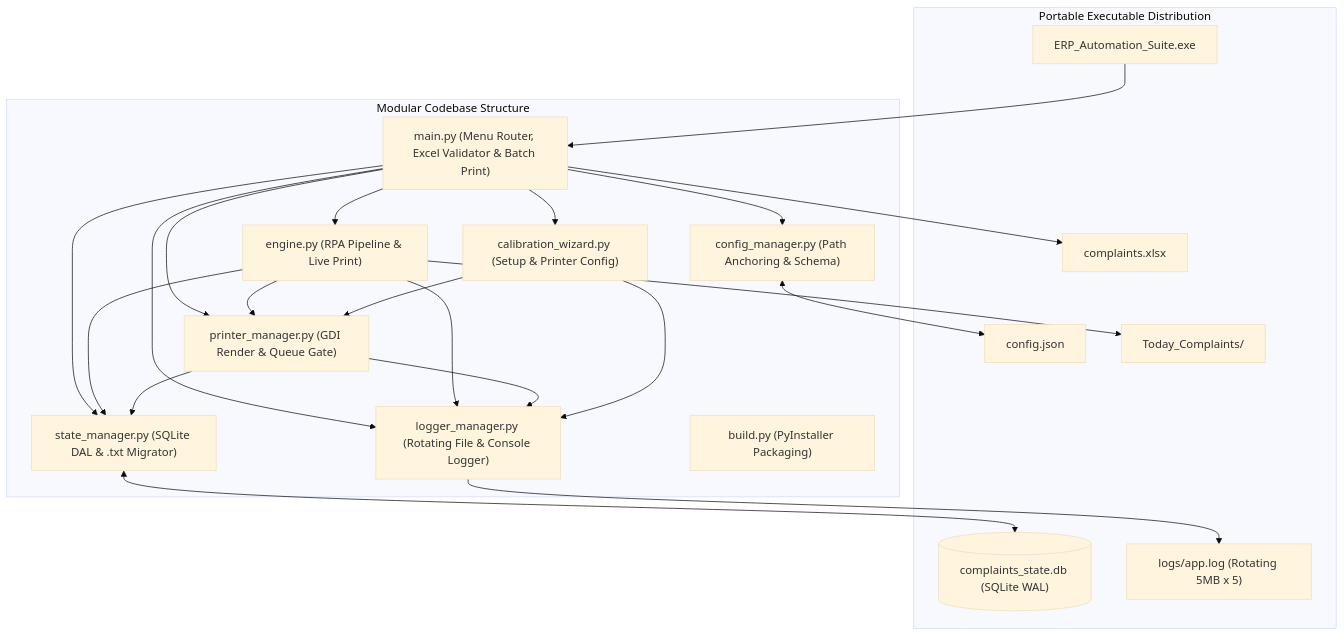
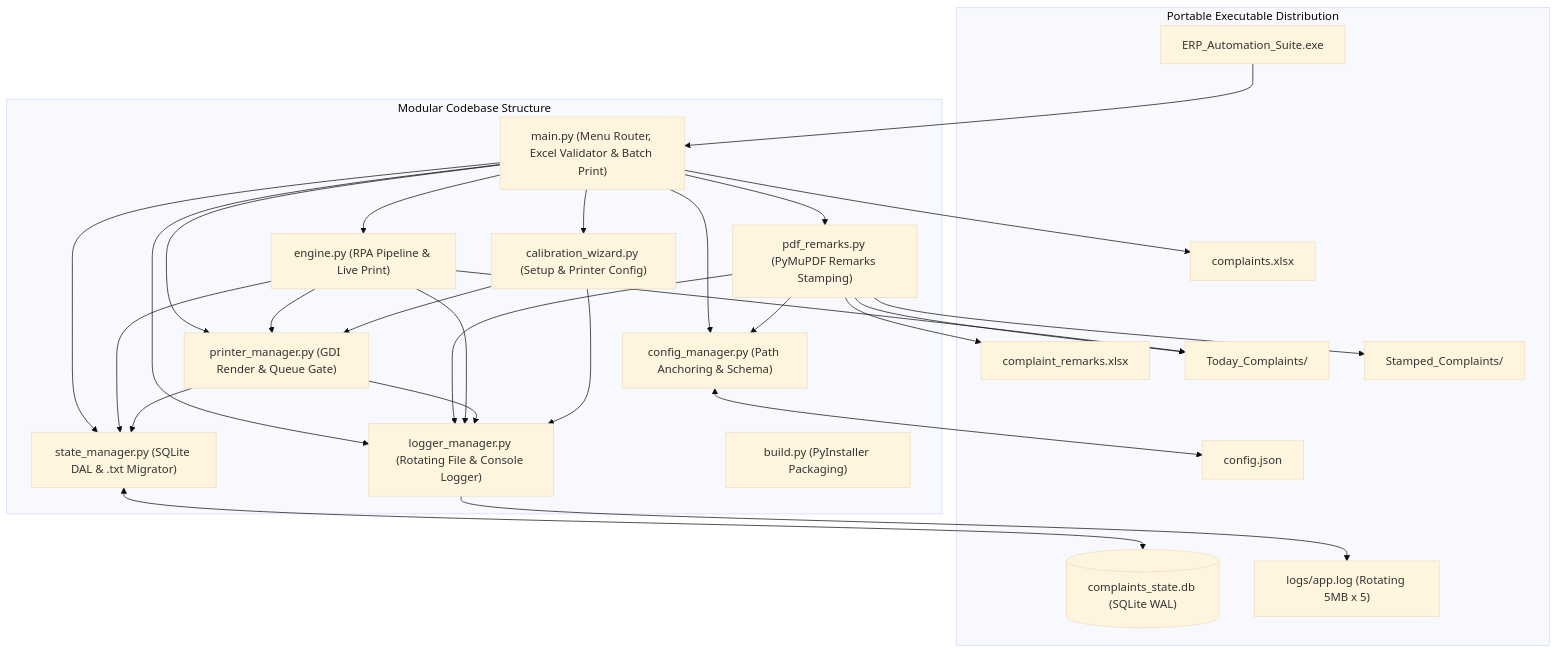
The diagram in PRD.md (theeabrarrr/bulk_printing), drawn with Mermaid (base theme) before and after one commit. The commit also changed other lines of this file and 1 other file, not shown here.

Commit message:
docs: document PDF remarks stamping feature, schema, and print workflow

````diff
--- a/PRD.md
+++ b/PRD.md
@@ -46,42 +46,51 @@
 ```mermaid
 flowchart TD
     subgraph Distribution ["Portable Executable Distribution"]
         EXE["ERP_Automation_Suite.exe"]
         CFG["config.json"]
         XLSX["complaints.xlsx"]
+        RXLSX["complaint_remarks.xlsx"]
         DB[("complaints_state.db (SQLite WAL)")]
         LOG["logs/app.log (Rotating 5MB x 5)"]
         OUT["Today_Complaints/"]
+        SOUT["Stamped_Complaints/"]
     end
 
     subgraph CoreEngine ["Modular Codebase Structure"]
         MAIN["main.py (Menu Router, Excel Validator & Batch Print)"]
         SETUP["calibration_wizard.py (Setup & Printer Config)"]
         ENGINE["engine.py (RPA Pipeline & Live Print)"]
+        REMARKS["pdf_remarks.py (PyMuPDF Remarks Stamping)"]
         PRINTMGR["printer_manager.py (GDI Render & Queue Gate)"]
         STATEMGR["state_manager.py (SQLite DAL & .txt Migrator)"]
         LOGMGR["logger_manager.py (Rotating File & Console Logger)"]
         CFGMGR["config_manager.py (Path Anchoring & Schema)"]
         BUILD["build.py (PyInstaller Packaging)"]
     end
 
     EXE --> MAIN
     MAIN --> CFGMGR
     MAIN --> LOGMGR
     MAIN --> STATEMGR
     MAIN --> SETUP
     MAIN --> ENGINE
+    MAIN --> REMARKS
     MAIN --> PRINTMGR
+    REMARKS --> CFGMGR
+    REMARKS --> LOGMGR
+    REMARKS --> RXLSX
+    REMARKS --> OUT
+    REMARKS --> SOUT
     ENGINE --> PRINTMGR
     ENGINE --> STATEMGR
     ENGINE --> LOGMGR
     PRINTMGR --> STATEMGR
     PRINTMGR --> LOGMGR
     SETUP --> PRINTMGR
     SETUP --> LOGMGR
     CFGMGR <--> CFG
     MAIN --> XLSX
     STATEMGR <--> DB
     LOGMGR --> LOG
     ENGINE --> OUT
 ```
````
